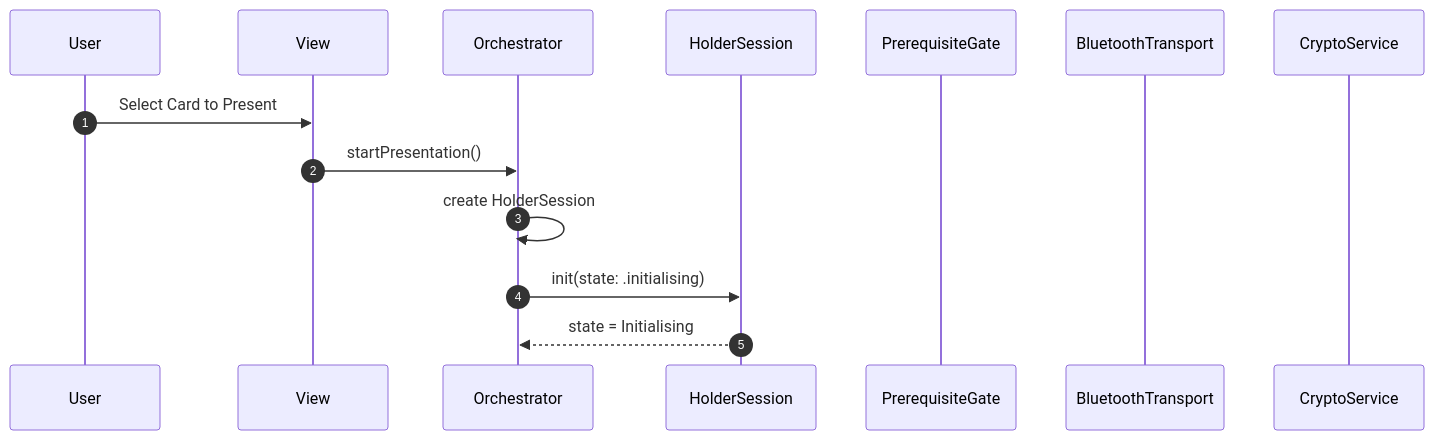
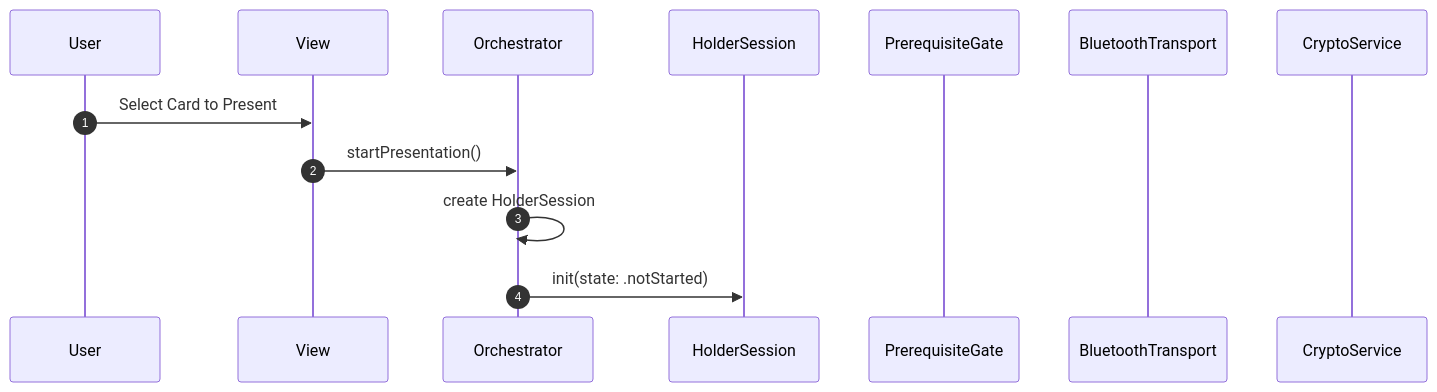
Before and after one commit to govuk-one-login/mobile-credential-sharing-docs: the first of 7 diagrams in holder-solution-architecture.md, drawn with Mermaid. The commit also changed other lines of this file, not shown here.

First line of the commit message:
HolderSession owns resources, not just state.

````diff
--- a/holder-solution-architecture.md
+++ b/holder-solution-architecture.md
@@ -164,17 +243,18 @@
 ```mermaid
 sequenceDiagram
     autonumber
+
     participant User
     participant UI as View
     participant OR as Orchestrator
     participant HS as HolderSession
     participant PG as PrerequisiteGate
     participant BLE as BluetoothTransport
     participant CRY as CryptoService
-    User ->> UI: Select Card to Present
-    UI ->> OR: startPresentation()
-    OR ->> OR: create HolderSession
-    OR ->> HS: init(state: .initialising)
-    HS -->> OR: state = Initialising
+
+    User->>UI: Select Card to Present
+    UI->>OR: startPresentation()
+		OR->>OR: create HolderSession
+    OR->>HS: init(state: .notStarted)
 
 ```
````
